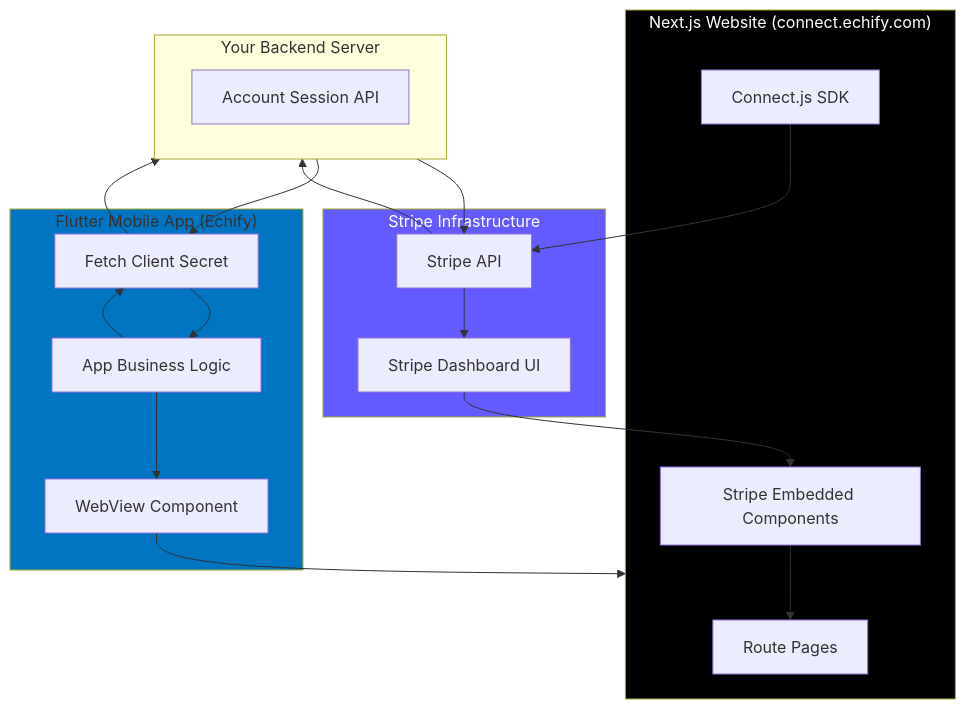
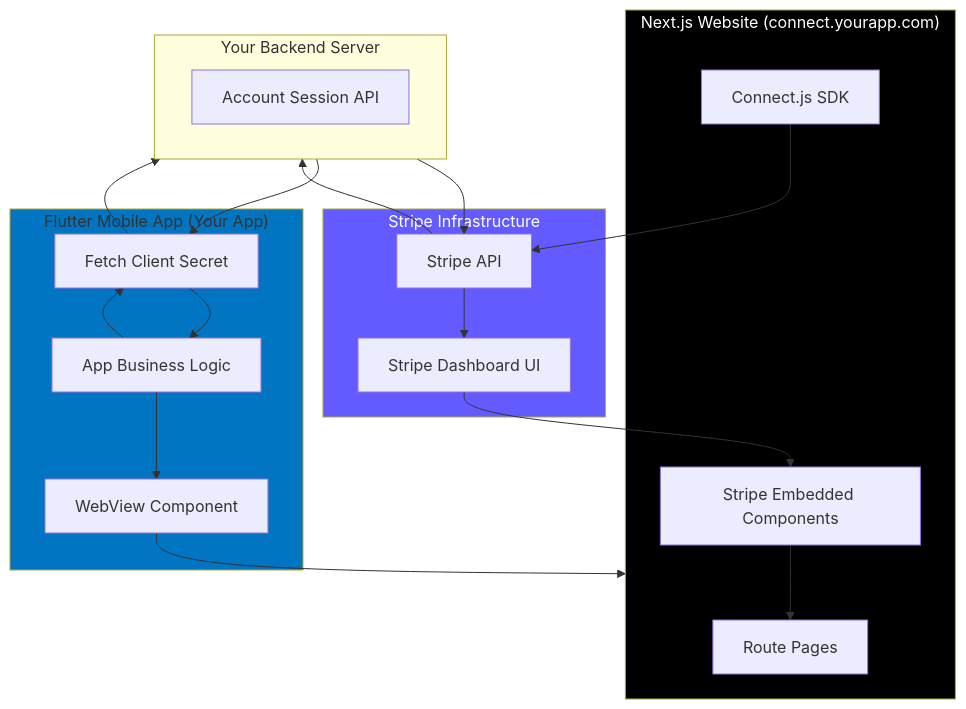
One commit to sheriax/flutter_stripe_connect changed the first of 3 diagrams in STRIPE_CONNECT_WEBVIEW_INTEGRATION.md. Above: the diagram before and after it, drawn with Mermaid. The commit also changed other lines of this file and 3 other files, not shown here.

````diff
--- a/STRIPE_CONNECT_WEBVIEW_INTEGRATION.md
+++ b/STRIPE_CONNECT_WEBVIEW_INTEGRATION.md
@@ -21,40 +21,40 @@
 ```mermaid
 flowchart TB
-    subgraph Flutter["Flutter Mobile App (Echify)"]
+    subgraph Flutter["Flutter Mobile App (Your App)"]
         WebView["WebView Component"]
         AppLogic["App Business Logic"]
         SecretFetch["Fetch Client Secret"]
     end
     
-    subgraph NextJS["Next.js Website (connect.echify.com)"]
+    subgraph NextJS["Next.js Website (connect.yourapp.com)"]
         Pages["Route Pages"]
         ConnectJS["Connect.js SDK"]
         Components["Stripe Embedded Components"]
     end
     
     subgraph Backend["Your Backend Server"]
         AccountSession["Account Session API"]
     end
     
     subgraph Stripe["Stripe Infrastructure"]
         StripeAPI["Stripe API"]
         StripeUI["Stripe Dashboard UI"]
     end
     
     AppLogic --> SecretFetch
     SecretFetch --> Backend
     Backend --> StripeAPI
     StripeAPI --> Backend
     Backend --> SecretFetch
     SecretFetch --> AppLogic
     AppLogic --> WebView
     WebView --> NextJS
     ConnectJS --> StripeAPI
     StripeAPI --> StripeUI
     StripeUI --> Components
     Components --> Pages
     
     style Flutter fill:#0175C2
     style NextJS fill:#000000,color:#fff
     style Stripe fill:#635BFF,color:#fff
 ```
````
